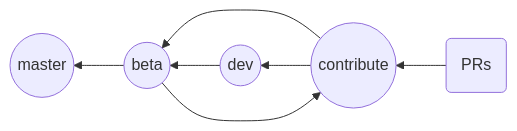
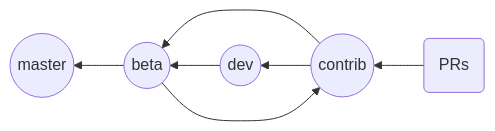
One commit to AhmedAyachi/Vritra changed the diagram in CONTRIBUTING.md. Above: the diagram before and after it, drawn with Mermaid. The commit also changed other lines of this file and 13 other files, not shown here.

````diff
--- a/CONTRIBUTING.md
+++ b/CONTRIBUTING.md
@@ -47,9 +48,9 @@
 ```mermaid
 graph RL
-	C((contribute))-->B((beta))
+	C((contrib))-->B((beta))
 	P(PRs)-->C
 	D((dev))-->B
 	C-->D
 	B-->M((master))
 	B-->C
 ```
````
